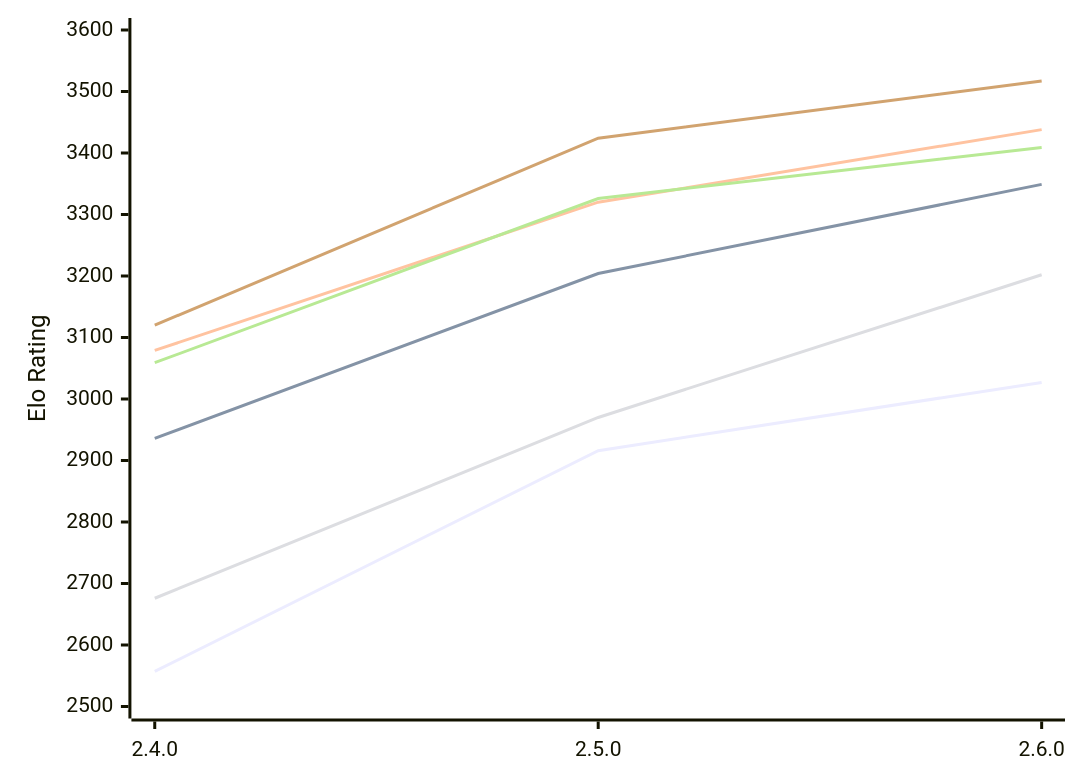
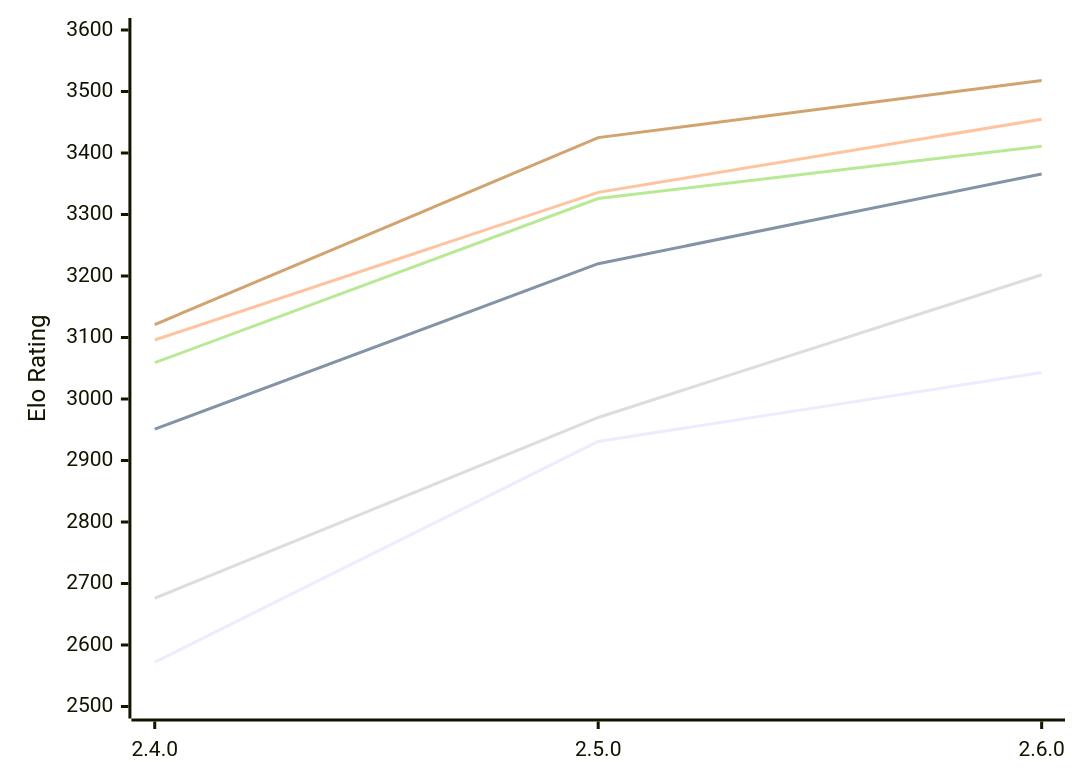
The diagram in engines/Rarog.md (computer-chess-index/cci), drawn with Mermaid before and after one commit. The commit also changed other lines of this file, not shown here.

Commit message:
Update CCI Ratings (ELO VLTC) - 2026-11-11

````diff
--- a/engines/Rarog.md
+++ b/engines/Rarog.md
@@ -51,12 +51,12 @@
 ```mermaid
 %%{init: {"theme":"base","themeVariables":{"seriesColors:['#a3a3a3','#222221','#faa371']}}}%%
 xychart-beta
   x-axis ["2.4.0", "2.5.0", "2.6.0"]
   y-axis "Elo Rating" 2500 --> 3600
-  line "E1: STC (8.0+0.08s)" [2557, 2916, 3027]
-  line "E1: LTC (60.0+0.60s)" [2936, 3204, 3349]
-  line "E1: VLTC (2m24s+1.12s)" [3079, 3320, 3438]
+  line "E1: STC (8.0+0.08s)" [2572, 2931, 3043]
+  line "E1: LTC (60.0+0.60s)" [2951, 3220, 3366]
+  line "E1: VLTC (2m24s+1.12s)" [3096, 3336, 3455]
   line "P1: STC (8.0+0.08s)" [2676, 2970, 3202]
-  line "P1: LTC (60.0+0.60s)" [3059, 3326, 3409]
-  line "P1: VLTC (2m24s+1.12s)" [3120, 3424, 3517]
+  line "P1: LTC (60.0+0.60s)" [3059, 3326, 3411]
+  line "P1: VLTC (2m24s+1.12s)" [3121, 3425, 3518]
 ```
````
